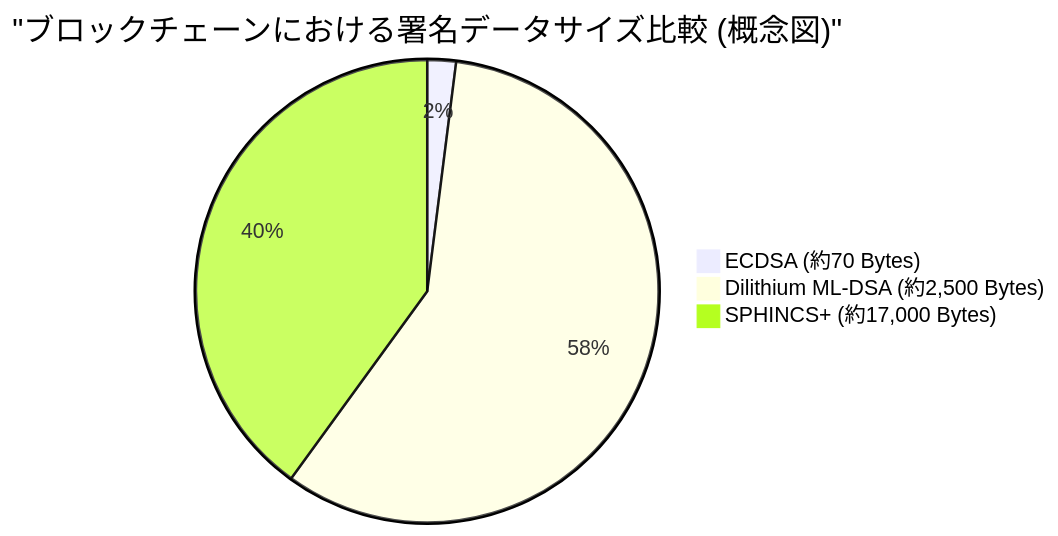
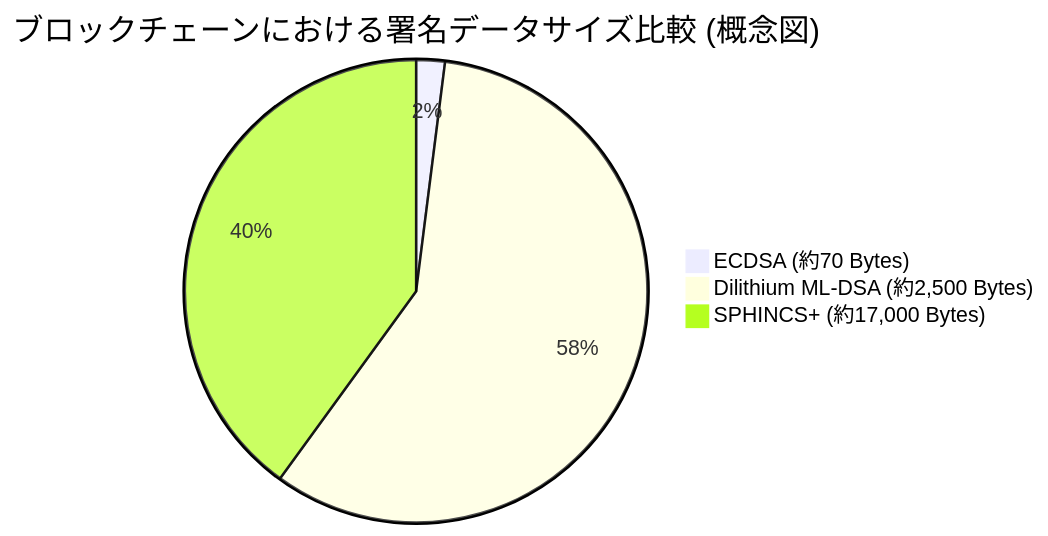
The third of 3 diagrams in content/post/ポスト量子時代のブロックチェーン/index.md (kenjinote/blog), drawn with Mermaid before and after one commit. The commit also changed other lines of this file and 703 other files, not shown here.

Commit message:
Fix: Remove quotes from Mermaid link texts and timeline definitions to support Mermaid 11.4.1

````diff
--- a/content/post/ポスト量子時代のブロックチェーン/index.md
+++ b/content/post/ポスト量子時代のブロックチェーン/index.md
@@ -277,6 +277,6 @@
 ```mermaid
-pie title "ブロックチェーンにおける署名データサイズ比較 (概念図)"
+pie title ブロックチェーンにおける署名データサイズ比較 (概念図)
     "ECDSA (約70 Bytes)" : 2
     "Dilithium ML-DSA (約2,500 Bytes)" : 58
     "SPHINCS+ (約17,000 Bytes)" : 40
 ```
````
